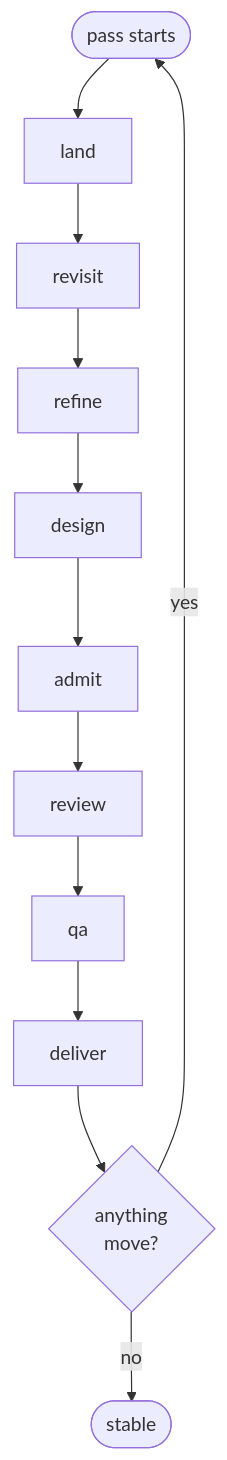
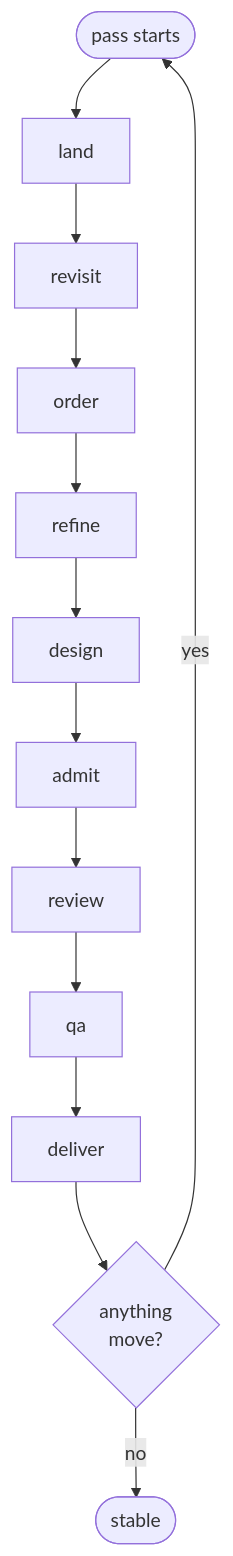
One commit to mqucifer/crew changed the second of 2 diagrams in docs/running-the-crew.md. Above: the diagram before and after it, drawn with Mermaid. The commit also changed other lines of this file and 8 other files, not shown here.

````diff
--- a/docs/running-the-crew.md
+++ b/docs/running-the-crew.md
@@ -65,14 +65,15 @@
 ```mermaid
 flowchart TD
   S([pass starts]) --> L[land]
   L --> RV[revisit]
-  RV --> R[refine]
+  RV --> O[order]
+  O --> R[refine]
   R --> DN[design]
   DN --> A[admit]
   A --> V[review]
   V --> Q[qa]
   Q --> D[deliver]
   D --> M{anything<br/>move?}
   M -- yes --> S
   M -- no --> E([stable])
 ```
````
